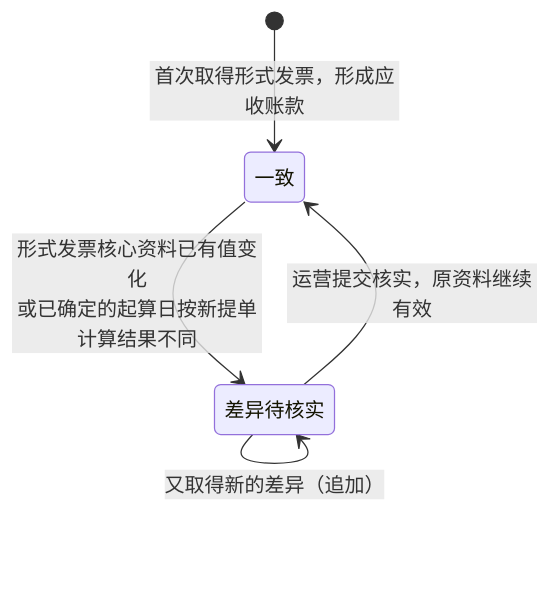
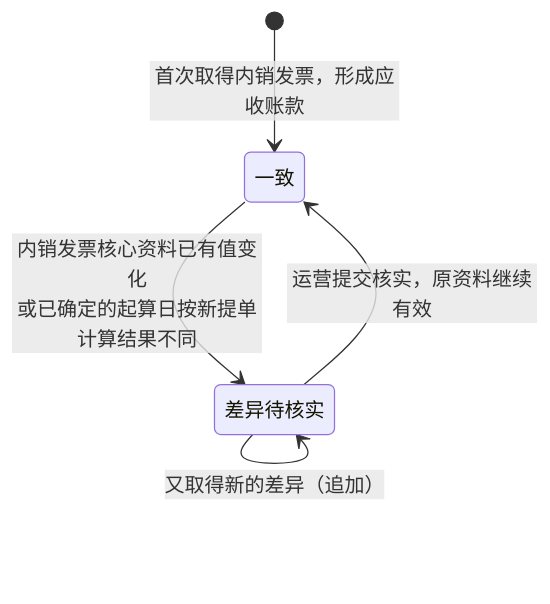
The fifth of 6 diagrams in asset-trust-platform/PRD/两端共用/M3-应收账款与发票/02-应收账款与发票-流程图与状态机.md (wxblockchain/Chain-Financing), drawn with Mermaid before and after one commit. The commit also changed other lines of this file and 3 other files, not shown here.

````diff
--- a/asset-trust-platform/PRD/两端共用/M3-应收账款与发票/02-应收账款与发票-流程图与状态机.md
+++ b/asset-trust-platform/PRD/两端共用/M3-应收账款与发票/02-应收账款与发票-流程图与状态机.md
@@ -98,7 +98,7 @@
 ```mermaid
 stateDiagram-v2
-    [*] --> 一致: 首次取得形式发票，形成应收账款
-    一致 --> 差异待核实: 形式发票核心资料已有值变化<br/>或已确定的起算日按新提单计算结果不同
+    [*] --> 一致: 首次取得内销发票，形成应收账款
+    一致 --> 差异待核实: 内销发票核心资料已有值变化<br/>或已确定的起算日按新提单计算结果不同
     差异待核实 --> 差异待核实: 又取得新的差异（追加）
     差异待核实 --> 一致: 运营提交核实，原资料继续有效
 ```
````
